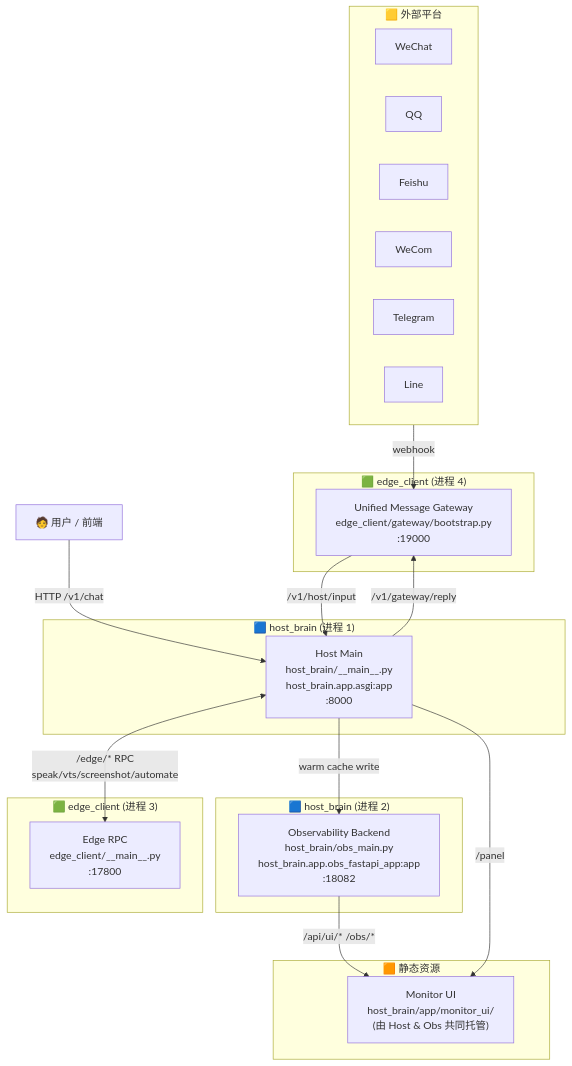
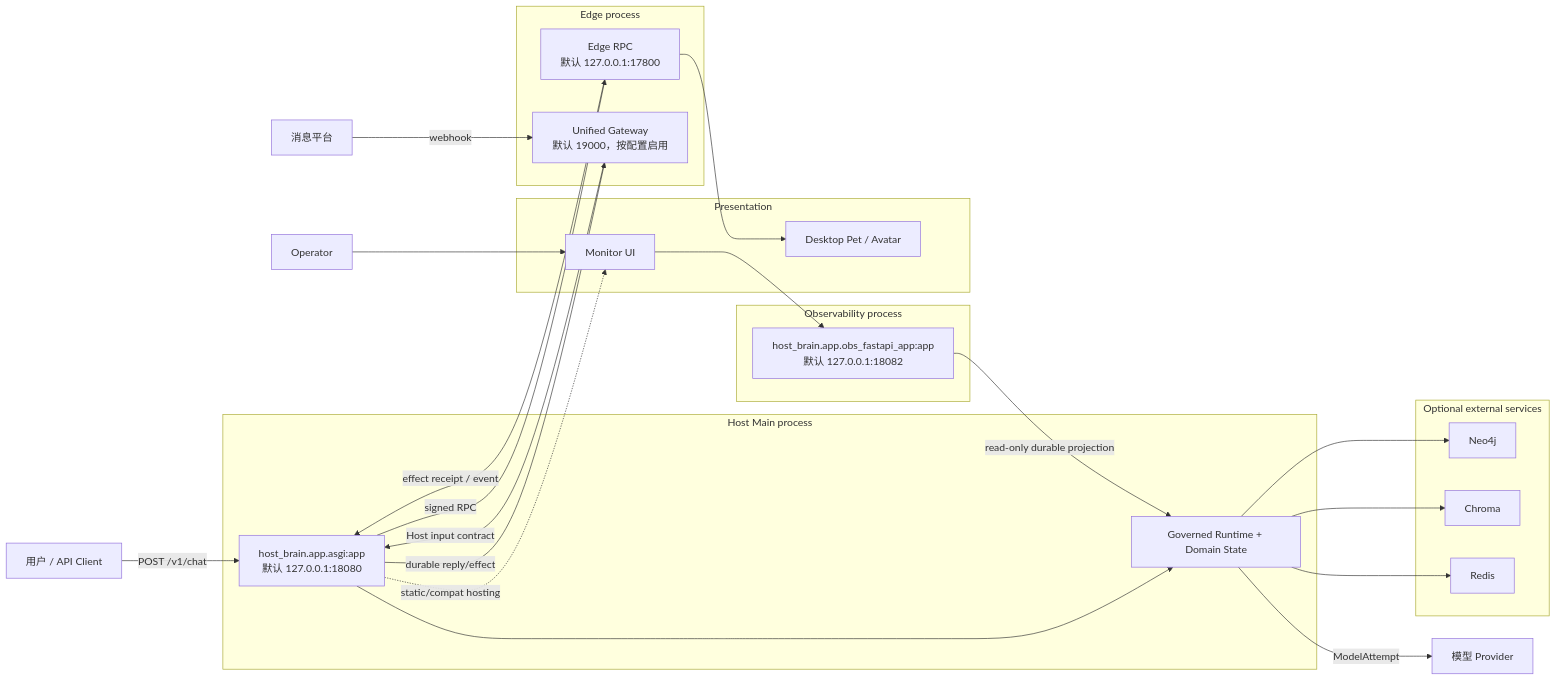
One commit to SakuraYoruno/Natsume_Ai changed the diagram in docs/50_project/arch/diagrams/01_runtime_topology.md. Above: the diagram before and after it, drawn with Mermaid. The commit also changed other lines of this file and 57 other files, not shown here.

````diff
--- a/docs/50_project/arch/diagrams/01_runtime_topology.md
+++ b/docs/50_project/arch/diagrams/01_runtime_topology.md
@@ -23,41 +11,48 @@
 ```mermaid
-graph TB
-    subgraph Platforms["🟨 外部平台"]
-        WX[WeChat]
-        QQ[QQ]
-        FS[Feishu]
-        WC[WeCom]
-        TG[Telegram]
-        LN[Line]
+flowchart LR
+    USER["用户 / API Client"]
+    OP["Operator"]
+    PLATFORM["消息平台"]
+    MODEL["模型 Provider"]
+
+    subgraph HostProc["Host Main process"]
+        HOST["host_brain.app.asgi:app\n默认 127.0.0.1:18080"]
+        DOMAIN["Governed Runtime + Domain State"]
+        HOST --> DOMAIN
     end
 
-    USER["🧑 用户 / 前端"] -->|"HTTP /v1/chat"| HOST
-    Platforms -->|"webhook"| GW
-
-    subgraph HostProc["🟦 host_brain (进程 1)"]
-        HOST["Host Main<br/>host_brain/__main__.py<br/>host_brain.app.asgi:app<br/>:8000"]
+    subgraph ObsProc["Observability process"]
+        OBS["host_brain.app.obs_fastapi_app:app\n默认 127.0.0.1:18082"]
     end
 
-    subgraph ObsProc["🟦 host_brain (进程 2)"]
-        OBS["Observability Backend<br/>host_brain/obs_main.py<br/>host_brain.app.obs_fastapi_app:app<br/>:18082"]
+    subgraph EdgeProc["Edge process"]
+        EDGE["Edge RPC\n默认 127.0.0.1:17800"]
+        GW["Unified Gateway\n默认 19000，按配置启用"]
     end
 
-    subgraph EdgeProc["🟩 edge_client (进程 3)"]
-        EDGE["Edge RPC<br/>edge_client/__main__.py<br/>:17800"]
+    subgraph Presentation["Presentation"]
+        MON["Monitor UI"]
+        PET["Desktop Pet / Avatar"]
     end
 
-    subgraph GwProc["🟩 edge_client (进程 4)"]
-        GW["Unified Message Gateway<br/>edge_client/gateway/bootstrap.py<br/>:19000"]
+    subgraph OptionalInfra["Optional external services"]
+        NEO["Neo4j"]
+        CHR["Chroma"]
+        REDIS["Redis"]
     end
 
-    subgraph MonUI["🟧 静态资源"]
-        MON["Monitor UI<br/>host_brain/app/monitor_ui/<br/>(由 Host & Obs 共同托管)"]
-    end
-
-    HOST <-->|"/edge/* RPC<br/>speak/vts/screenshot/automate"| EDGE
-    GW -->|"/v1/host/input"| HOST
-    HOST -->|"/v1/gateway/reply"| GW
-    HOST -->|"warm cache write"| OBS
-    OBS -->|"/api/ui/* /obs/*"| MON
-    HOST -->|"/panel"| MON
+    USER -->|"POST /v1/chat"| HOST
+    PLATFORM -->|"webhook"| GW
+    GW -->|"Host input contract"| HOST
+    HOST -->|"durable reply/effect"| GW
+    HOST -->|"signed RPC"| EDGE
+    EDGE -->|"effect receipt / event"| HOST
+    DOMAIN -->|"ModelAttempt"| MODEL
+    DOMAIN --> NEO
+    DOMAIN --> CHR
+    DOMAIN --> REDIS
+    OBS -->|"read-only durable projection"| DOMAIN
+    OP --> MON --> OBS
+    EDGE --> PET
+    HOST -."static/compat hosting".-> MON
 ```
````
